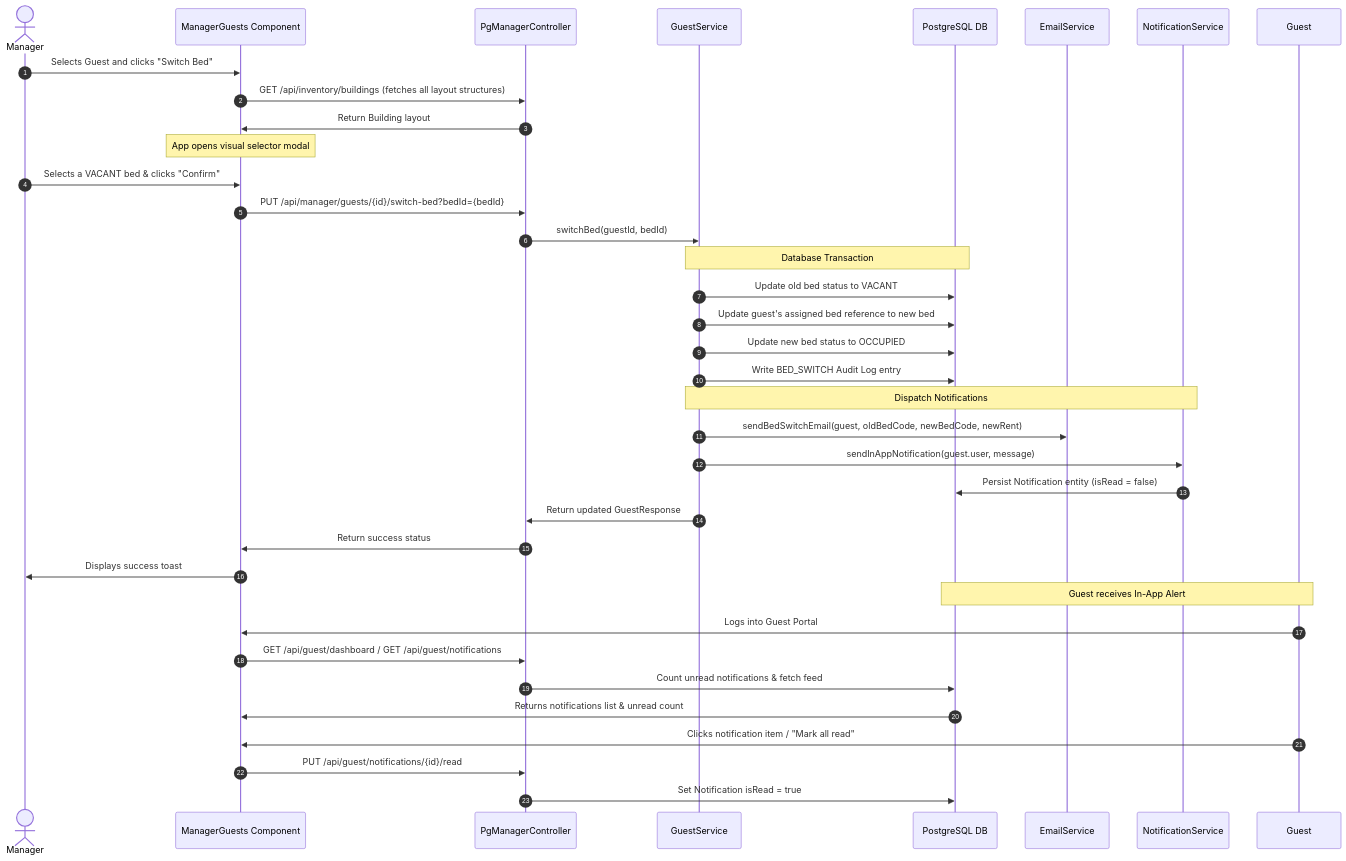
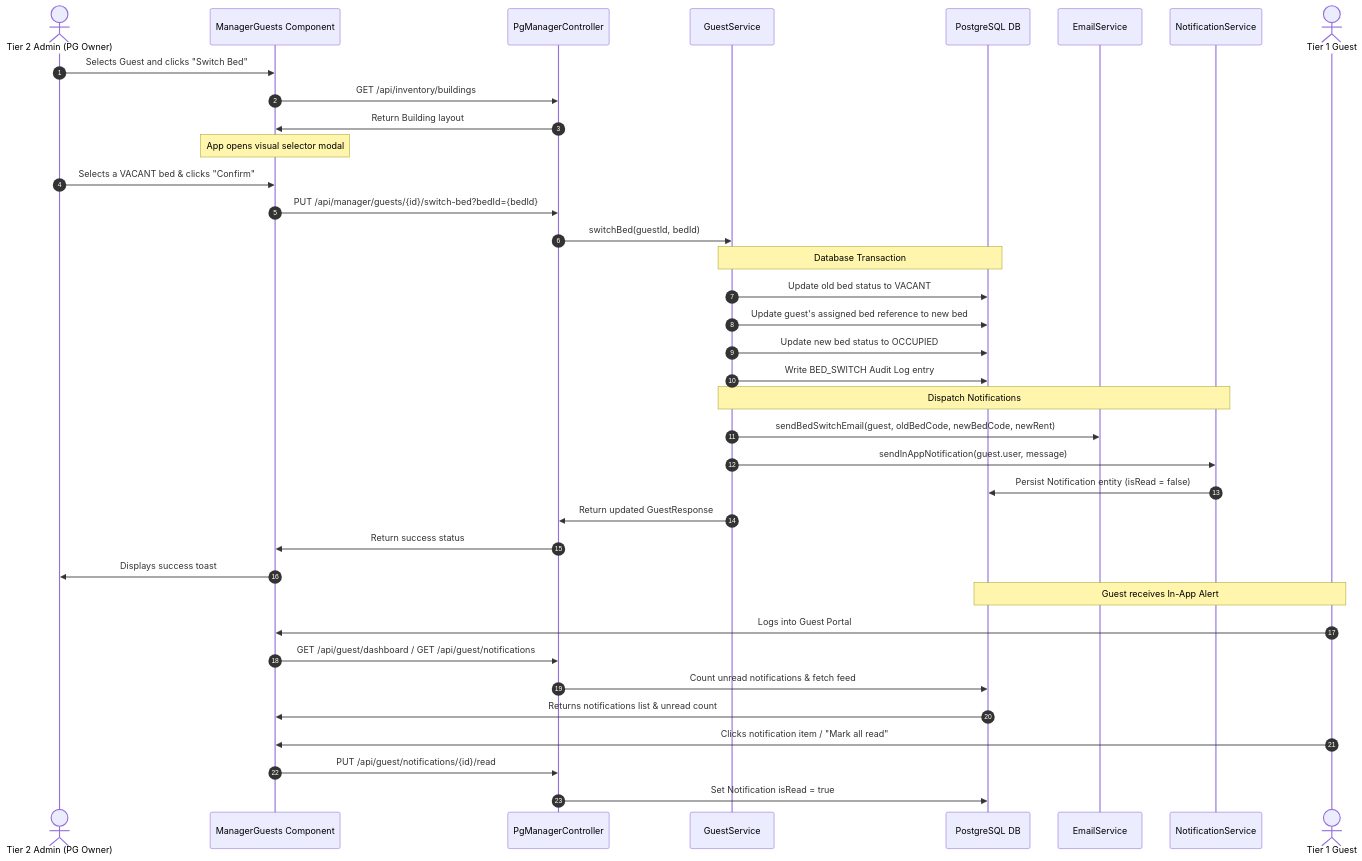
Diagram 18 of 21 in docs/WORKFLOWS.md (rahul-0906/PG-Project), drawn with Mermaid before and after one commit. The commit also changed other lines of this file and 7 other files, not shown here.

Commit message:
Comprehensive documentation overhaul: update 4-tier roles, workflows, calculations, architecture, and onboarding SOP

````diff
--- a/docs/WORKFLOWS.md
+++ b/docs/WORKFLOWS.md
@@ -579,44 +590,44 @@
 ```mermaid
 sequenceDiagram
     autonumber
-    actor Manager
+    actor Admin as Tier 2 Admin (PG Owner)
     participant App as ManagerGuests Component
     participant Controller as PgManagerController
     participant Service as GuestService
     participant DB as PostgreSQL DB
     participant Mail as EmailService
     participant Notif as NotificationService
 
-    Manager->>App: Selects Guest and clicks "Switch Bed"
-    App->>Controller: GET /api/inventory/buildings (fetches all layout structures)
+    Admin->>App: Selects Guest and clicks "Switch Bed"
+    App->>Controller: GET /api/inventory/buildings
     Controller->>App: Return Building layout
     Note over App: App opens visual selector modal
-    Manager->>App: Selects a VACANT bed & clicks "Confirm"
+    Admin->>App: Selects a VACANT bed & clicks "Confirm"
     App->>Controller: PUT /api/manager/guests/{id}/switch-bed?bedId={bedId}
     Controller->>Service: switchBed(guestId, bedId)
     
     Note over Service, DB: Database Transaction
     Service->>DB: Update old bed status to VACANT
     Service->>DB: Update guest's assigned bed reference to new bed
     Service->>DB: Update new bed status to OCCUPIED
     Service->>DB: Write BED_SWITCH Audit Log entry
     
     Note over Service, Notif: Dispatch Notifications
     Service->>Mail: sendBedSwitchEmail(guest, oldBedCode, newBedCode, newRent)
     Service->>Notif: sendInAppNotification(guest.user, message)
     Notif->>DB: Persist Notification entity (isRead = false)
     
     Service->>Controller: Return updated GuestResponse
     Controller->>App: Return success status
-    App->>Manager: Displays success toast
+    App->>Admin: Displays success toast
     
     Note over Guest, DB: Guest receives In-App Alert
-    actor Guest
+    actor Guest as Tier 1 Guest
     Guest->>App: Logs into Guest Portal
     App->>Controller: GET /api/guest/dashboard / GET /api/guest/notifications
     Controller->>DB: Count unread notifications & fetch feed
     DB->>App: Returns notifications list & unread count
     Guest->>App: Clicks notification item / "Mark all read"
     App->>Controller: PUT /api/guest/notifications/{id}/read
     Controller->>DB: Set Notification isRead = true
 ```
````
